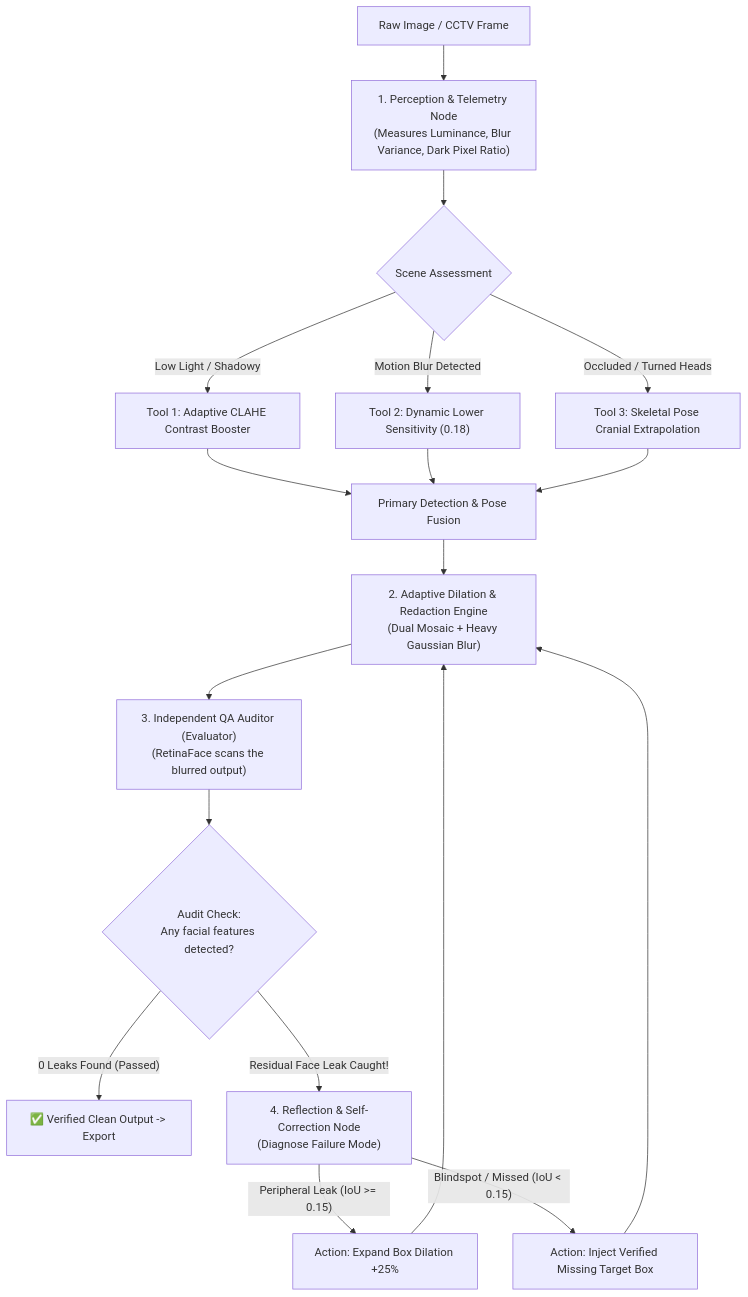
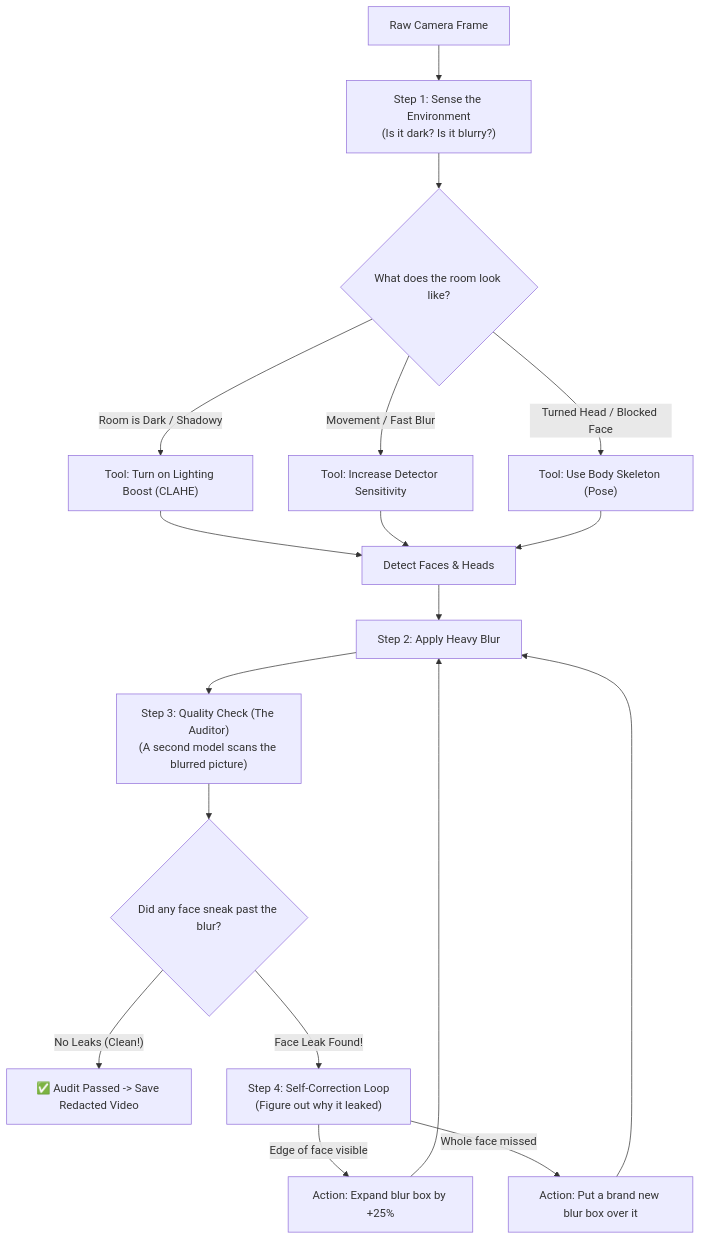
The diagram in README.md (viswarup/agentic-face-redaction-pipeline), drawn with Mermaid before and after one commit. The commit also changed other lines of this file, not shown here.

Commit message:
docs: rewrite README with simple plain-English narrative, previous repo link, flowchart, and why-breakdown

````diff
--- a/README.md
+++ b/README.md
@@ -63,30 +48,30 @@
 ```mermaid
 flowchart TD
-    A["Raw Image / CCTV Frame"] --> B["1. Perception & Telemetry Node\n(Measures Luminance, Blur Variance, Dark Pixel Ratio)"]
+    A["Raw Camera Frame"] --> B["Step 1: Sense the Environment\n(Is it dark? Is it blurry?)"]
     
-    B --> C{"Scene Assessment"}
+    B --> C{"What does the room look like?"}
     
-    C -- "Low Light / Shadowy" --> D["Tool 1: Adaptive CLAHE Contrast Booster"]
-    C -- "Motion Blur Detected" --> E["Tool 2: Dynamic Lower Sensitivity (0.18)"]
-    C -- "Occluded / Turned Heads" --> F["Tool 3: Skeletal Pose Cranial Extrapolation"]
+    C -- "Room is Dark / Shadowy" --> D["Tool: Turn on Lighting Boost (CLAHE)"]
+    C -- "Movement / Fast Blur" --> E["Tool: Increase Detector Sensitivity"]
+    C -- "Turned Head / Blocked Face" --> F["Tool: Use Body Skeleton (Pose)"]
     
-    D --> G["Primary Detection & Pose Fusion"]
+    D --> G["Detect Faces & Heads"]
     E --> G
     F --> G
     
-    G --> H["2. Adaptive Dilation & Redaction Engine\n(Dual Mosaic + Heavy Gaussian Blur)"]
+    G --> H["Step 2: Apply Heavy Blur"]
     
-    H --> I["3. Independent QA Auditor (Evaluator)\n(RetinaFace scans the blurred output)"]
+    H --> I["Step 3: Quality Check (The Auditor)\n(A second model scans the blurred picture)"]
     
-    I --> J{"Audit Check:\nAny facial features detected?"}
+    I --> J{"Did any face sneak past the blur?"}
     
-    J -- "0 Leaks Found (Passed)" --> K["✅ Verified Clean Output -> Export"]
+    J -- "No Leaks (Clean!)" --> K["✅ Audit Passed -> Save Redacted Video"]
     
-    J -- "Residual Face Leak Caught!" --> L["4. Reflection & Self-Correction Node\n(Diagnose Failure Mode)"]
+    J -- "Face Leak Found!" --> L["Step 4: Self-Correction Loop\n(Figure out why it leaked)"]
     
-    L -- "Peripheral Leak (IoU >= 0.15)" --> M["Action: Expand Box Dilation +25%"]
-    L -- "Blindspot / Missed (IoU < 0.15)" --> N["Action: Inject Verified Missing Target Box"]
+    L -- "Edge of face visible" --> M["Action: Expand blur box by +25%"]
+    L -- "Whole face missed" --> N["Action: Put a brand new blur box over it"]
     
     M --> H
     N --> H
 ```
````
